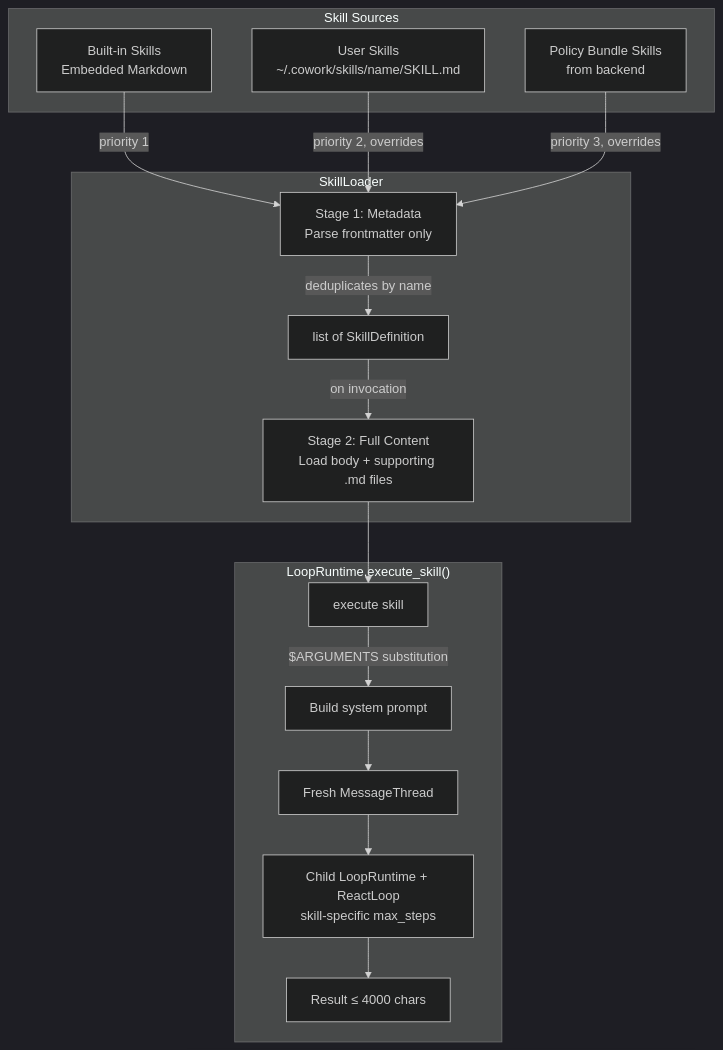
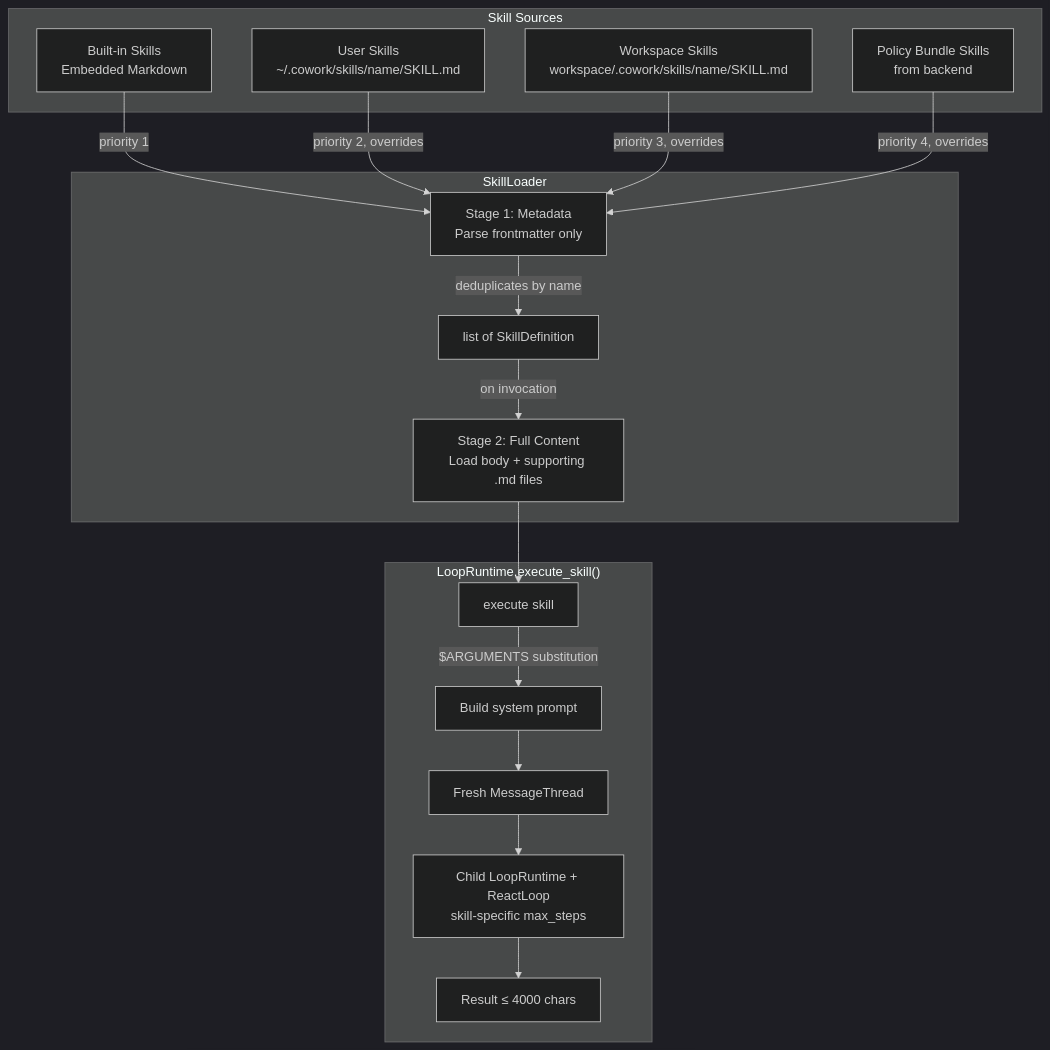
One commit to suman724/cowork-agent-runtime changed diagram 12 of 24 in docs/agent-loop-architecture.md. Above: the diagram before and after it, drawn with Mermaid (dark theme). The commit also changed other lines of this file, not shown here.

First line of the commit message:
docs: update agent-loop-architecture with sandbox mode and 4-source skills

````diff
--- a/docs/agent-loop-architecture.md
+++ b/docs/agent-loop-architecture.md
@@ -805,27 +825,29 @@
 ```mermaid
 graph TD
     subgraph Skill Sources
         Builtin[Built-in Skills<br/>Embedded Markdown]
         User[User Skills<br/>~/.cowork/skills/name/SKILL.md]
+        Workspace[Workspace Skills<br/>workspace/.cowork/skills/name/SKILL.md]
         Policy[Policy Bundle Skills<br/>from backend]
     end
 
     subgraph SkillLoader
         Stage1[Stage 1: Metadata<br/>Parse frontmatter only]
         Stage2[Stage 2: Full Content<br/>Load body + supporting .md files]
         Builtin -->|priority 1| Stage1
         User -->|priority 2, overrides| Stage1
-        Policy -->|priority 3, overrides| Stage1
+        Workspace -->|priority 3, overrides| Stage1
+        Policy -->|priority 4, overrides| Stage1
         Stage1 -->|deduplicates by name| Skills[list of SkillDefinition]
         Skills -->|on invocation| Stage2
     end
 
     subgraph "LoopRuntime.execute_skill()"
         Exec[execute skill]
         Stage2 --> Exec
         Exec -->|$ARGUMENTS substitution| Prompt[Build system prompt]
         Prompt --> Thread[Fresh MessageThread]
         Thread --> Loop[Child LoopRuntime + ReactLoop<br/>skill-specific max_steps]
         Loop --> Result[Result ≤ 4000 chars]
     end
 ```
````
